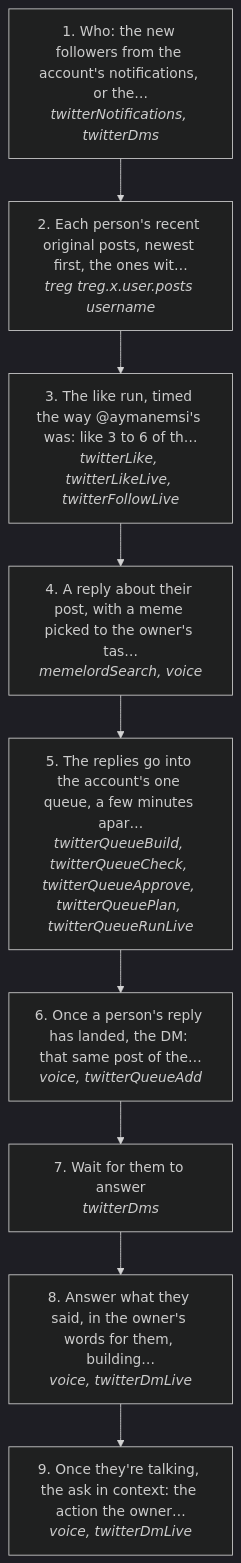
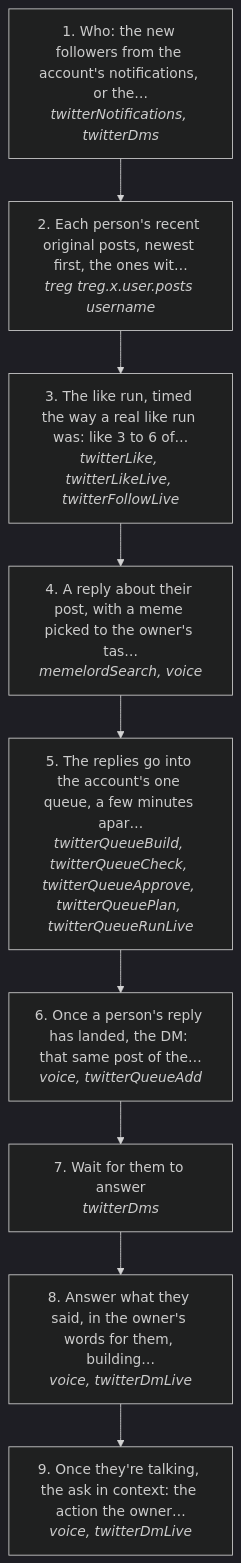
The first of 2 diagrams in docs/useCases/twitter/replyGuyFunnel.md (matthewdonsemail-lab/log), drawn with Mermaid (dark theme) before and after one commit. The commit also changed other lines of this file and 140 other files, not shown here.

````diff
--- a/docs/useCases/twitter/replyGuyFunnel.md
+++ b/docs/useCases/twitter/replyGuyFunnel.md
@@ -16,20 +16,20 @@
 ```mermaid
 flowchart TD
   s0["1. Who: the new followers from the account's notifications, or the…<br/><i>twitterNotifications, twitterDms</i>"]
   s1["2. Each person's recent original posts, newest first, the ones wit…<br/><i>treg treg.x.user.posts username</i>"]
-  s2["3. The like run, timed the way @aymanemsi's was: like 3 to 6 of th…<br/><i>twitterLike, twitterLikeLive, twitterFollowLive</i>"]
+  s2["3. The like run, timed the way a real like run was: like 3 to 6 of…<br/><i>twitterLike, twitterLikeLive, twitterFollowLive</i>"]
   s3["4. A reply about their post, with a meme picked to the owner's tas…<br/><i>memelordSearch, voice</i>"]
   s4["5. The replies go into the account's one queue, a few minutes apar…<br/><i>twitterQueueBuild, twitterQueueCheck, twitterQueueApprove, twitterQueuePlan, twitterQueueRunLive</i>"]
   s5["6. Once a person's reply has landed, the DM: that same post of the…<br/><i>voice, twitterQueueAdd</i>"]
   s6["7. Wait for them to answer<br/><i>twitterDms</i>"]
   s7["8. Answer what they said, in the owner's words for them, building…<br/><i>voice, twitterDmLive</i>"]
   s8["9. Once they're talking, the ask in context: the action the owner…<br/><i>voice, twitterDmLive</i>"]
   s0 --> s1
   s1 --> s2
   s2 --> s3
   s3 --> s4
   s4 --> s5
   s5 --> s6
   s6 --> s7
   s7 --> s8
 ```
````
